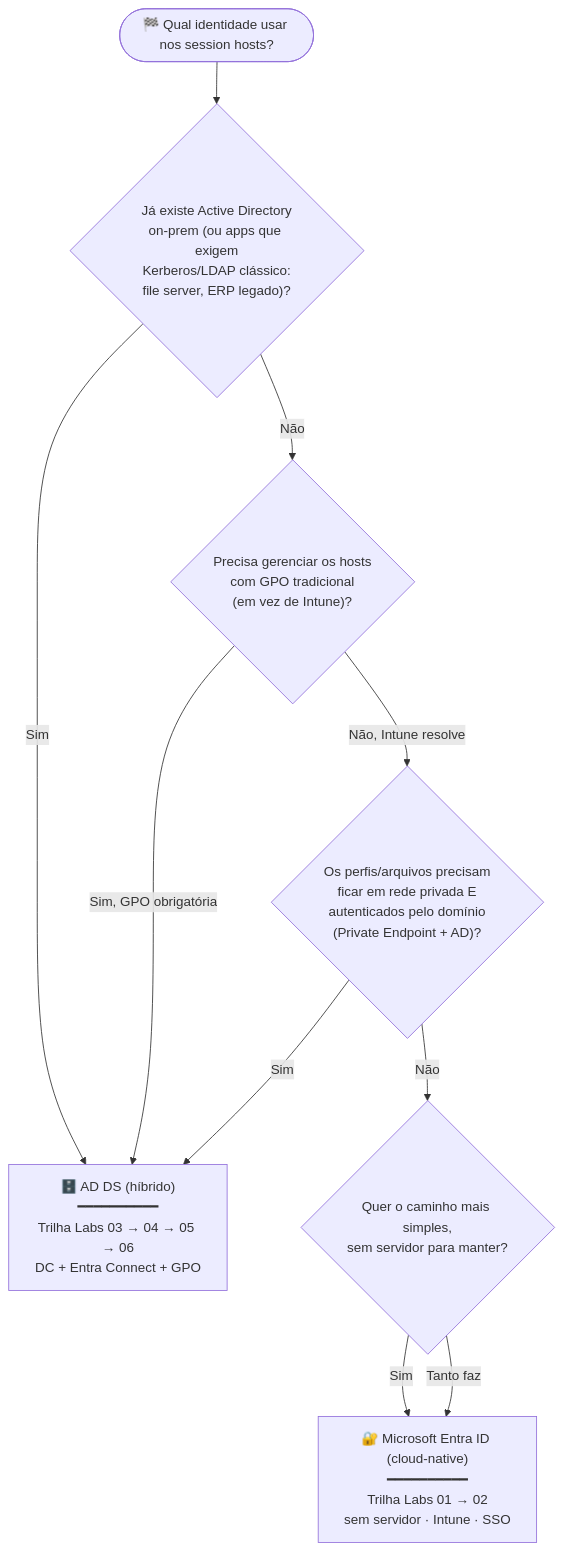
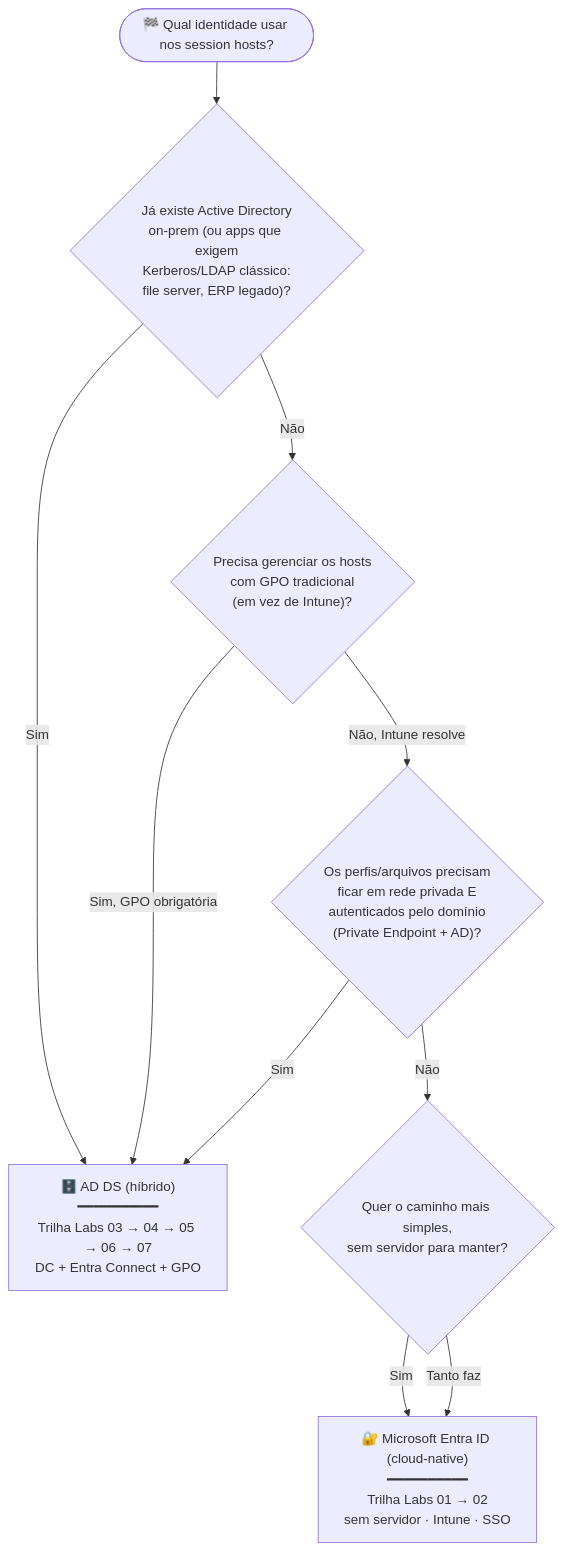
The diagram in 00_Guia_Decisao_Identidade_Entra_vs_ADDS.md (raphasi/posavd), drawn with Mermaid before and after one commit. The commit also changed other lines of this file and 6 other files, not shown here.

````diff
--- a/00_Guia_Decisao_Identidade_Entra_vs_ADDS.md
+++ b/00_Guia_Decisao_Identidade_Entra_vs_ADDS.md
@@ -16,14 +16,14 @@
 ```mermaid
 flowchart TD
     S(["🏁 Qual identidade usar nos session hosts?"]) --> Q1{"Já existe Active Directory<br/>on-prem (ou apps que exigem<br/>Kerberos/LDAP clássico:<br/>file server, ERP legado)?"}
     Q1 -->|"Sim"| ADDS
     Q1 -->|"Não"| Q2{"Precisa gerenciar os hosts<br/>com GPO tradicional<br/>(em vez de Intune)?"}
     Q2 -->|"Sim, GPO obrigatória"| ADDS
     Q2 -->|"Não, Intune resolve"| Q3{"Os perfis/arquivos precisam<br/>ficar em rede privada E<br/>autenticados pelo domínio<br/>(Private Endpoint + AD)?"}
     Q3 -->|"Sim"| ADDS
     Q3 -->|"Não"| Q4{"Quer o caminho mais simples,<br/>sem servidor para manter?"}
     Q4 -->|"Sim"| ENTRA
     Q4 -->|"Tanto faz"| ENTRA
-    ADDS["🗄️ AD DS (híbrido)<br/>━━━━━━━━━━<br/>Trilha Labs 03 → 04 → 05 → 06<br/>DC + Entra Connect + GPO"]
+    ADDS["🗄️ AD DS (híbrido)<br/>━━━━━━━━━━<br/>Trilha Labs 03 → 04 → 05 → 06 → 07<br/>DC + Entra Connect + GPO"]
     ENTRA["🔐 Microsoft Entra ID (cloud-native)<br/>━━━━━━━━━━<br/>Trilha Labs 01 → 02<br/>sem servidor · Intune · SSO"]
 ```
````
